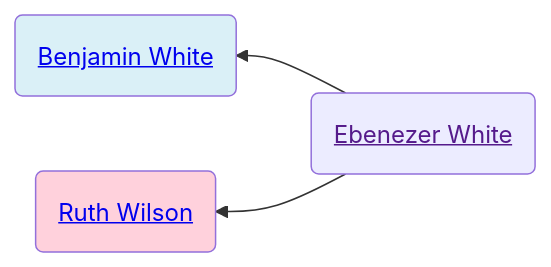
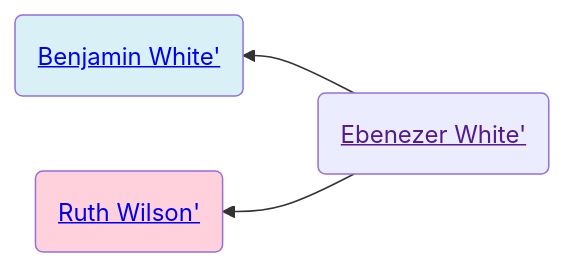
The first of 2 diagrams in familyhistory/sources/people/Merrill-line/White-line/Ebenezer_White.qmd (neelsmith/avocational), drawn with Mermaid before and after one commit. The commit also changed other lines of this file and 102 other files, not shown here.

````diff
--- a/familyhistory/sources/people/Merrill-line/White-line/Ebenezer_White.qmd
+++ b/familyhistory/sources/people/Merrill-line/White-line/Ebenezer_White.qmd
@@ -33,12 +34,12 @@
 ```{mermaid}
 graph RL
 %% RL ancestor diagram
-Ebenezer_White(<a href=''>Ebenezer White</>) -->  Benjamin_White(<a href='./Benjamin_White.html'>Benjamin White</>)
+Ebenezer_White(<a href=''>Ebenezer White'</>) -->  Benjamin_White(<a href='./Benjamin_White.html'>Benjamin White'</>)
 class Benjamin_White father
-Ebenezer_White(<a href=''>Ebenezer White</>)  --> Ruth_Wilson(<a href='./Wilson-line/Ruth_Wilson.html'>Ruth Wilson</>)
+Ebenezer_White(<a href=''>Ebenezer White'</>)  --> Ruth_Wilson(<a href='./Wilson-line/Ruth_Wilson.html'>Ruth Wilson'</>)
 class Ruth_Wilson mother
 classDef mother fill:#ffd1dc
 classDef father fill:#daf0f7  
 classDef marriage fill:#ffffff
 
 ```
````
